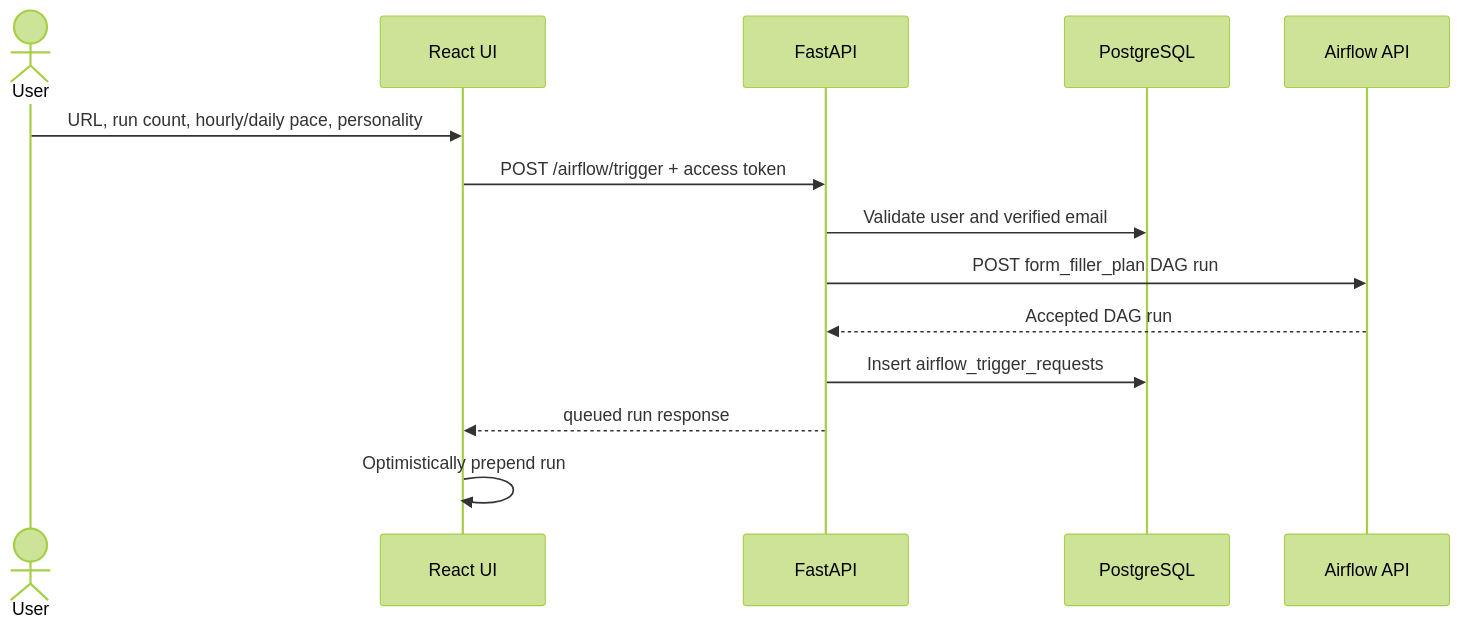
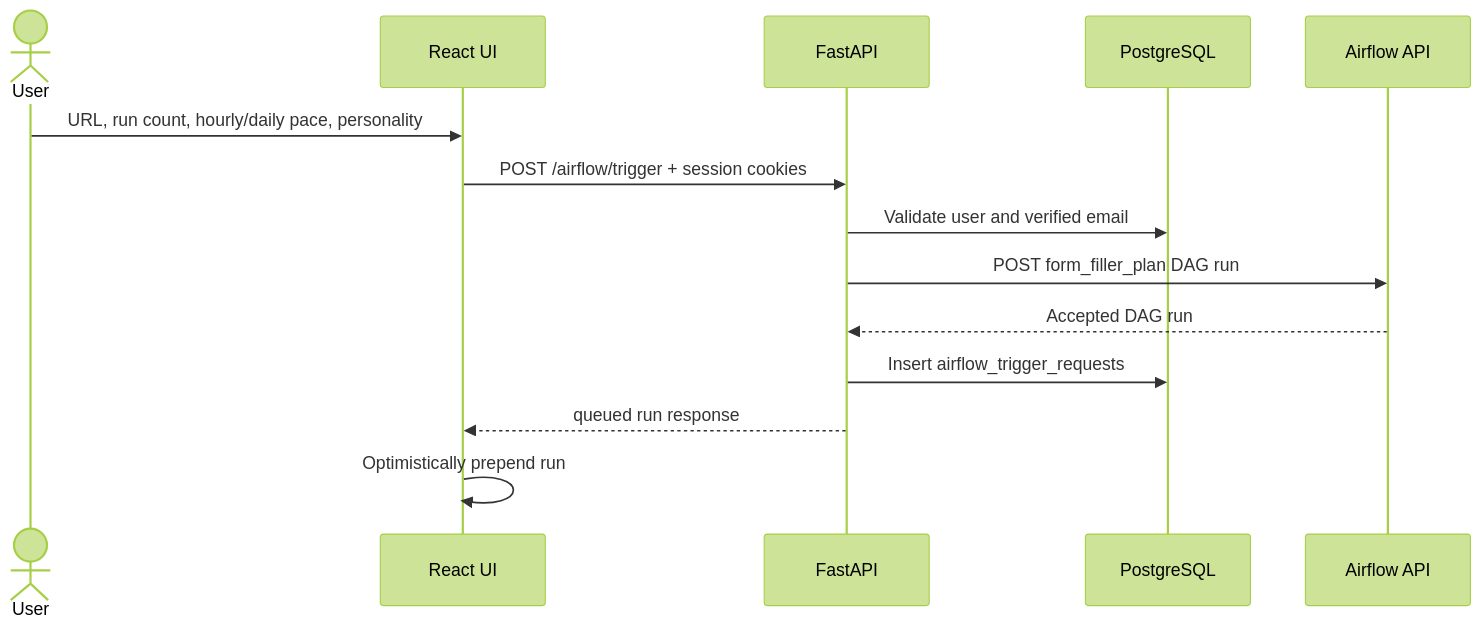
The first of 2 diagrams in docs/wiki/runtime-flows.md (prosowiec/Former), drawn with Mermaid (forest theme) before and after one commit. The commit also changed other lines of this file and 68 other files, not shown here.

````diff
--- a/docs/wiki/runtime-flows.md
+++ b/docs/wiki/runtime-flows.md
@@ -27,17 +27,17 @@
 ```mermaid
 sequenceDiagram
     actor User
     participant UI as React UI
     participant API as FastAPI
     participant DB as PostgreSQL
     participant AF as Airflow API
 
     User->>UI: URL, run count, hourly/daily pace, personality
-    UI->>API: POST /airflow/trigger + access token
+    UI->>API: POST /airflow/trigger + session cookies
     API->>DB: Validate user and verified email
     API->>AF: POST form_filler_plan DAG run
     AF-->>API: Accepted DAG run
     API->>DB: Insert airflow_trigger_requests
     API-->>UI: queued run response
     UI->>UI: Optimistically prepend run
 ```
````
